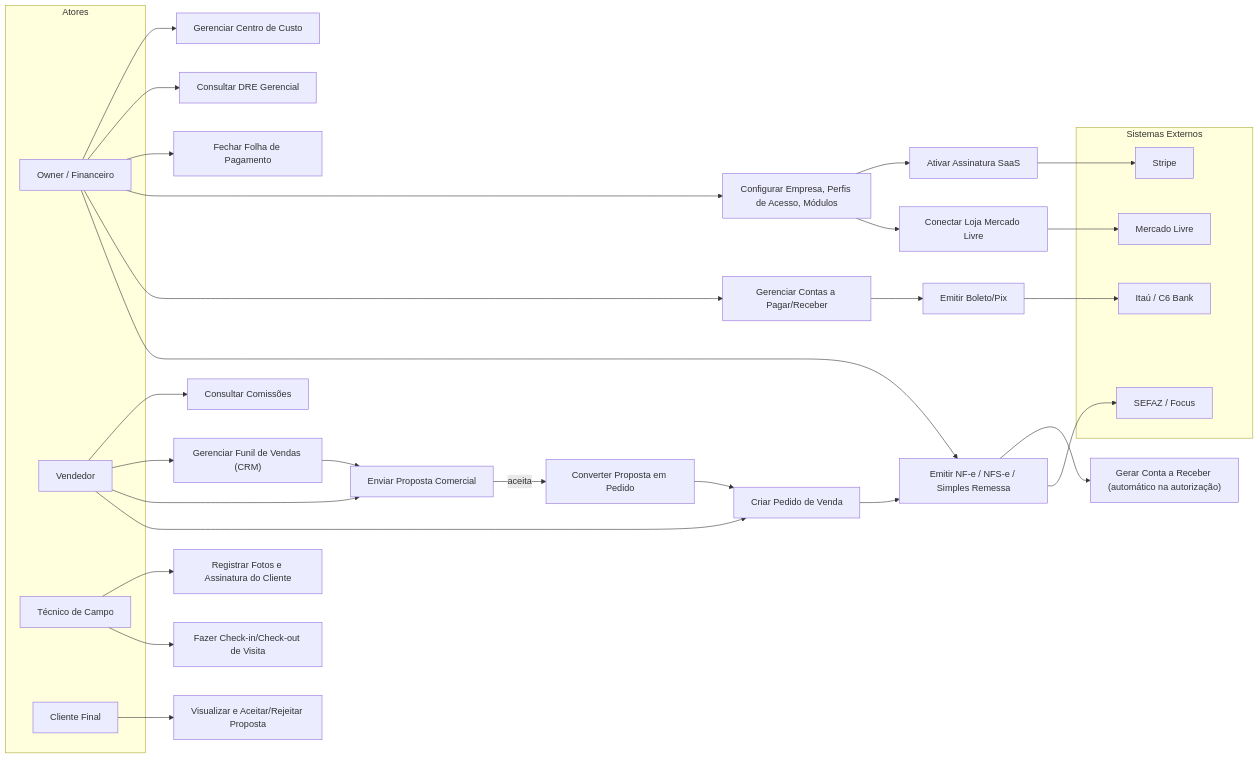
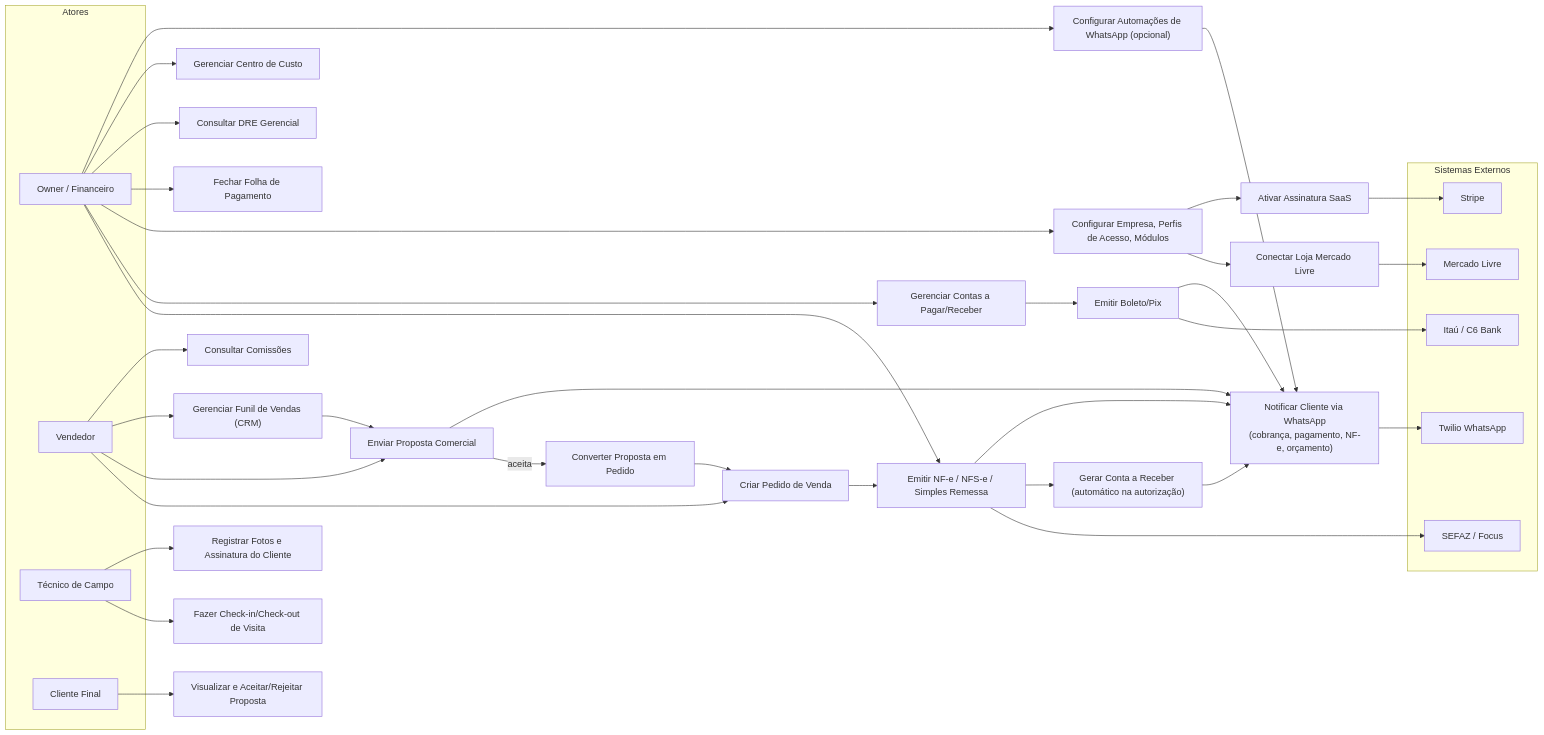
One commit to gercenioxsilva/erp-lite changed the fifth of 16 diagrams in README.md. Above: the diagram before and after it, drawn with Mermaid. The commit also changed other lines of this file and 53 other files, not shown here.

First line of the commit message:
feat(whatsapp): modulo opcional de cobrancas e notificacoes via Twilio

````diff
--- a/README.md
+++ b/README.md
@@ -345,46 +361,54 @@
 ```mermaid
 flowchart LR
     subgraph Atores
         OW["Owner / Financeiro"]
         VD["Vendedor"]
         TC["Técnico de Campo"]
         CL["Cliente Final"]
     end
 
     subgraph Externos["Sistemas Externos"]
         SF["SEFAZ / Focus"]
         BK["Itaú / C6 Bank"]
         ML["Mercado Livre"]
         ST["Stripe"]
+        TW["Twilio WhatsApp"]
     end
 
     OW --> UC1["Emitir NF-e / NFS-e / Simples Remessa"]
     OW --> UC2["Gerenciar Contas a Pagar/Receber"]
     OW --> UC3["Configurar Empresa, Perfis de Acesso, Módulos"]
     OW --> UC4["Fechar Folha de Pagamento"]
     OW --> UC5["Consultar DRE Gerencial"]
     OW --> UC6["Gerenciar Centro de Custo"]
+    OW --> UC19["Configurar Automações de WhatsApp (opcional)"]
 
     VD --> UC7["Criar Pedido de Venda"]
     VD --> UC8["Enviar Proposta Comercial"]
     VD --> UC9["Gerenciar Funil de Vendas (CRM)"]
     VD --> UC10["Consultar Comissões"]
 
     TC --> UC11["Fazer Check-in/Check-out de Visita"]
     TC --> UC12["Registrar Fotos e Assinatura do Cliente"]
 
     CL --> UC13["Visualizar e Aceitar/Rejeitar Proposta"]
 
     UC1 --> SF
     UC1 --> UC14["Gerar Conta a Receber (automático na autorização)"]
     UC2 --> UC15["Emitir Boleto/Pix"]
     UC15 --> BK
     UC9 --> UC8
     UC8 -->|aceita| UC16["Converter Proposta em Pedido"]
     UC16 --> UC7
     UC7 --> UC1
     UC3 --> UC17["Conectar Loja Mercado Livre"]
     UC17 --> ML
     UC3 --> UC18["Ativar Assinatura SaaS"]
     UC18 --> ST
+    UC19 --> UC20["Notificar Cliente via WhatsApp\n(cobrança, pagamento, NF-e, orçamento)"]
+    UC14 --> UC20
+    UC15 --> UC20
+    UC1 --> UC20
+    UC8 --> UC20
+    UC20 --> TW
 ```
````
